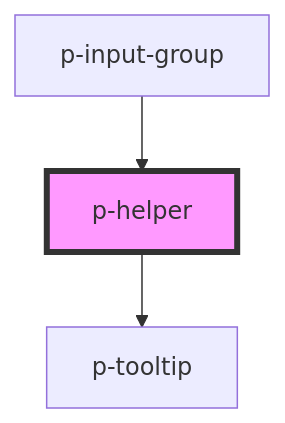
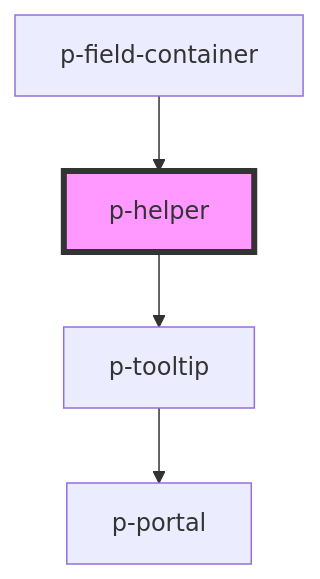
The diagram in packages/core/src/components/atoms/helper/readme.md (Employes/Paperless), drawn with Mermaid before and after one commit. The commit also changed other lines of this file and 1 other file, not shown here.

Commit message:
fix(atoms/helper): Small change to accomendate for height changes

````diff
--- a/packages/core/src/components/atoms/helper/readme.md
+++ b/packages/core/src/components/atoms/helper/readme.md
@@ -31,6 +31,7 @@
 ```mermaid
 graph TD;
   p-helper --> p-tooltip
-  p-input-group --> p-helper
+  p-tooltip --> p-portal
+  p-field-container --> p-helper
   style p-helper fill:#f9f,stroke:#333,stroke-width:4px
 ```
````
